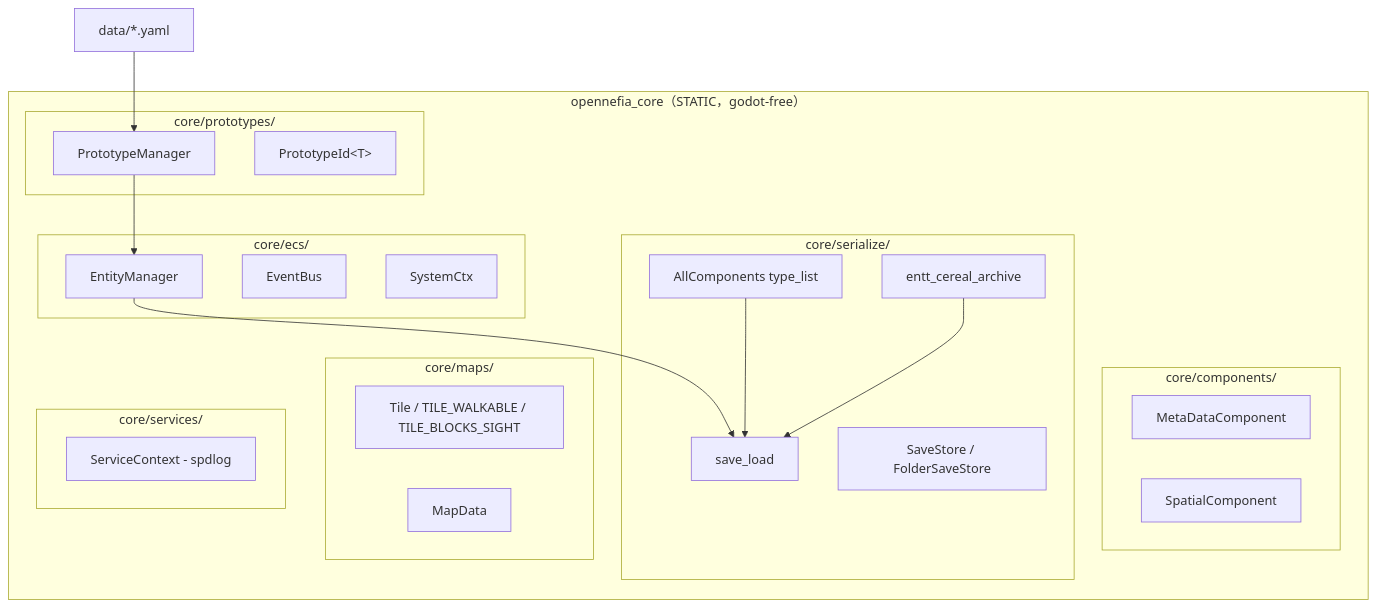
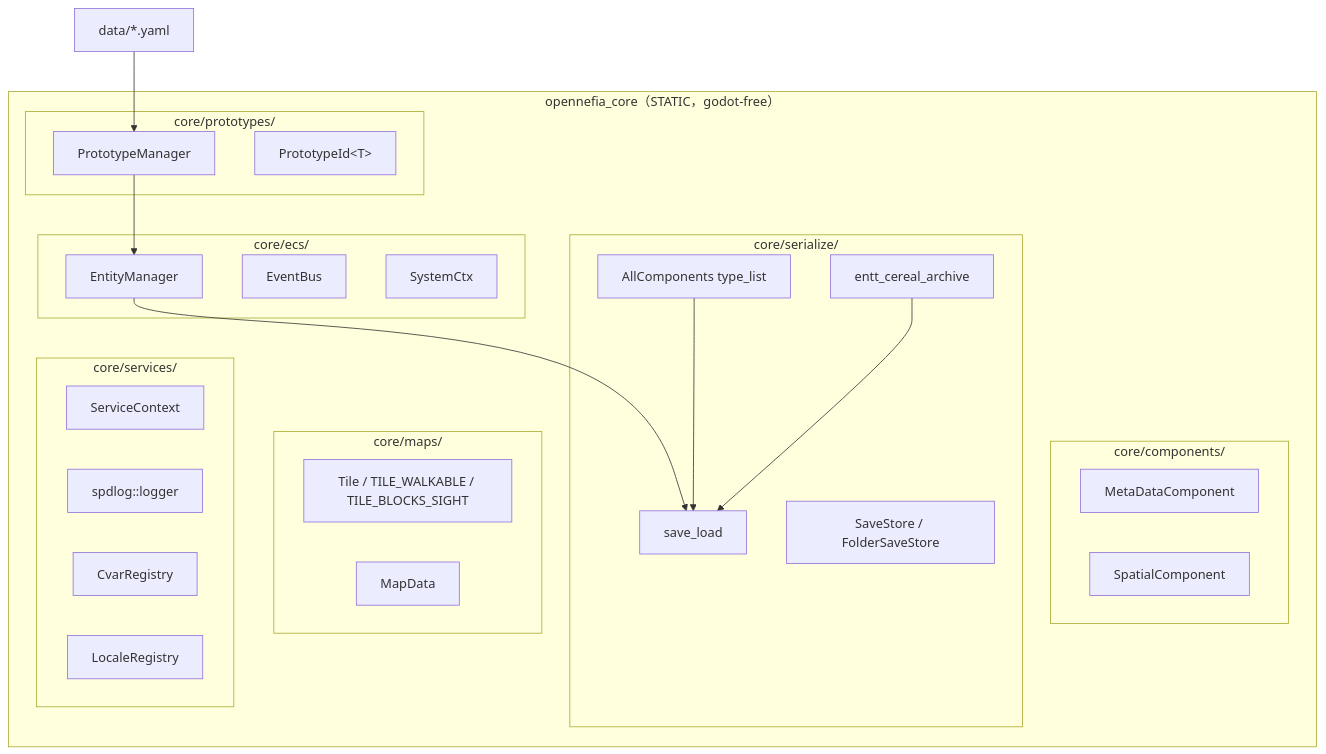
One commit to justty32/pas changed the diagram in analysis/opennefia-cpp/architecture/summary.md. Above: the diagram before and after it, drawn with Mermaid. The commit also changed other lines of this file and 7 other files, not shown here.

````diff
--- a/analysis/opennefia-cpp/architecture/summary.md
+++ b/analysis/opennefia-cpp/architecture/summary.md
@@ -60,36 +63,39 @@
 ```mermaid
 graph TD
     subgraph opennefia_core ["opennefia_core（STATIC，godot-free）"]
         subgraph ecs ["core/ecs/"]
             EM[EntityManager]
             EB[EventBus]
             SC[SystemCtx]
         end
         subgraph components ["core/components/"]
             MD[MetaDataComponent]
             SP[SpatialComponent]
         end
         subgraph proto ["core/prototypes/"]
             PM[PrototypeManager]
             PID[PrototypeId&lt;T&gt;]
         end
         subgraph ser ["core/serialize/"]
             AC[AllComponents type_list]
             ECA[entt_cereal_archive]
             SL[save_load]
             SS[SaveStore / FolderSaveStore]
         end
         subgraph maps ["core/maps/"]
             TD[Tile / TILE_WALKABLE / TILE_BLOCKS_SIGHT]
             MD2[MapData]
         end
         subgraph svc ["core/services/"]
-            SVC[ServiceContext - spdlog]
+            SVC[ServiceContext]
+            SVC_LOG[spdlog::logger]
+            SVC_CV[CvarRegistry]
+            SVC_LOC[LocaleRegistry]
         end
     end
     DATA["data/*.yaml"] --> PM
     PM --> EM
     EM --> SL
     AC --> SL
     ECA --> SL
 ```
````
